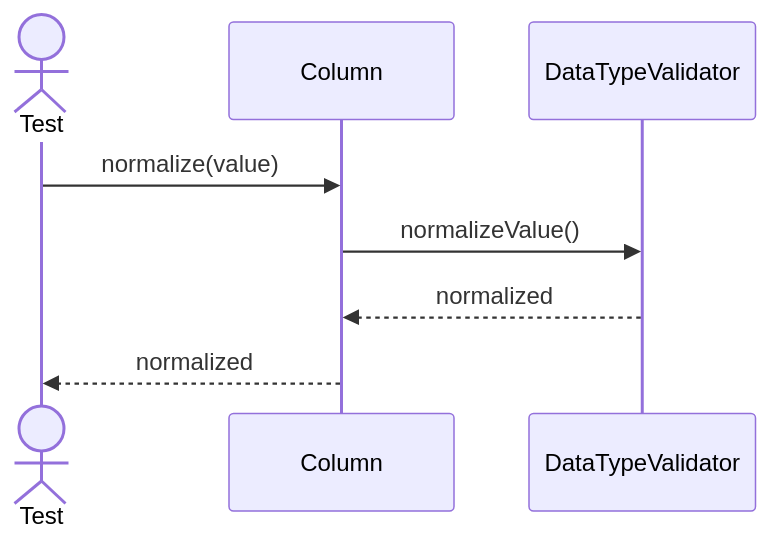
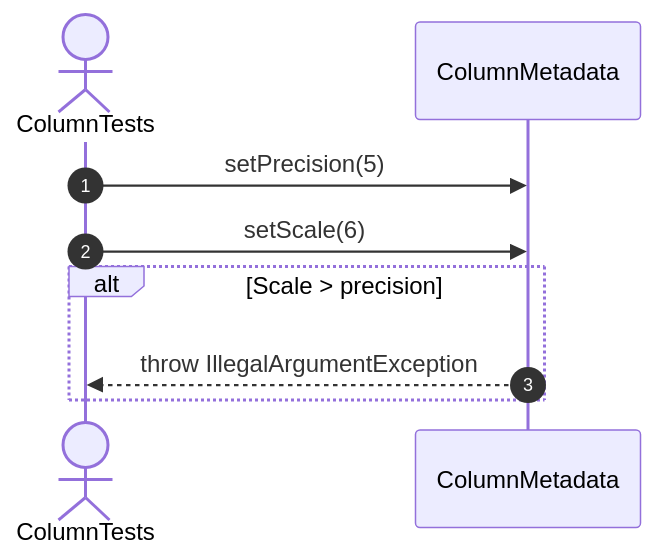
Before and after one commit to FhuAnn/-bbv-AN-s-DBMS: diagram 16 of 18 in src/tests/unit/metadata/sequences/columns-testing.se.md, drawn with Mermaid. The commit also changed other lines of this file and 60 other files, not shown here.

Commit message:
refactor data table, row, column, constraint, index test file

````diff
--- a/src/tests/unit/metadata/sequences/columns-testing.se.md
+++ b/src/tests/unit/metadata/sequences/columns-testing.se.md
@@ -279,11 +233,13 @@
 ```mermaid
 sequenceDiagram
-actor Test
-participant Column
-participant DataTypeValidator
+    autonumber
+    actor Test as ColumnTests
+    participant Column as ColumnMetadata
 
-Test->>Column: normalize(value)
-Column->>DataTypeValidator: normalizeValue()
-DataTypeValidator-->>Column: normalized
-Column-->>Test: normalized
+    Test->>Column: setPrecision(5)
+    Test->>Column: setScale(6)
+
+    alt Scale > precision
+        Column-->>Test: throw IllegalArgumentException
+    end
 ```
````
